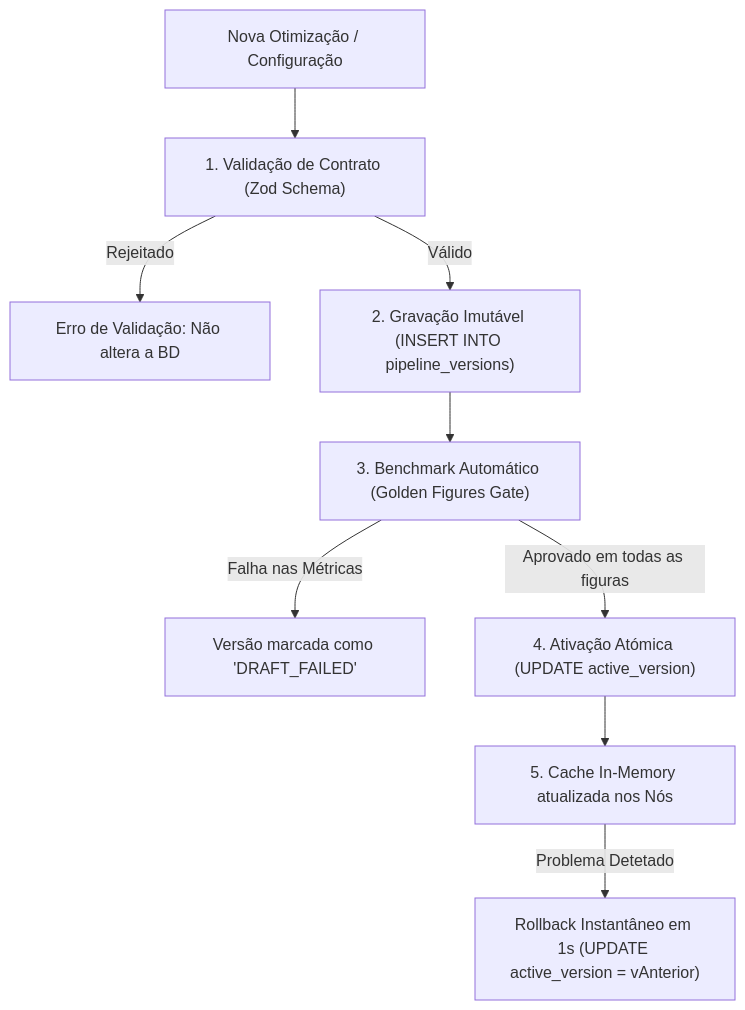
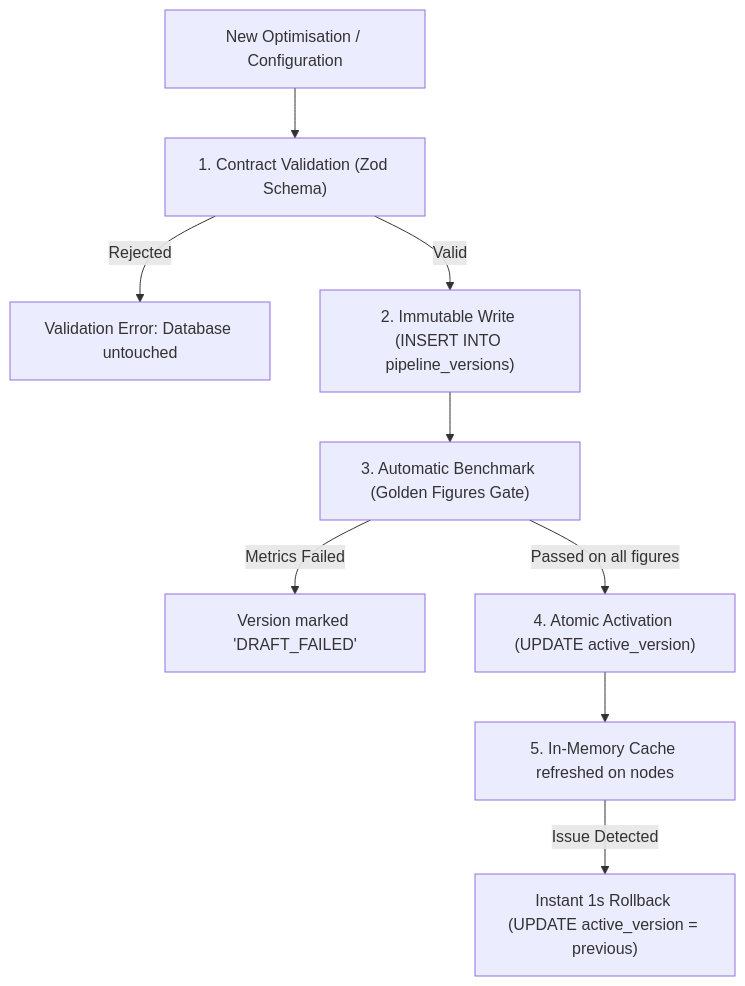
One commit to alexibid/papikapi-api changed the diagram in PIPELINE.md. Above: the diagram before and after it, drawn with Mermaid. The commit also changed other lines of this file and 4 other files, not shown here.

````diff
--- a/PIPELINE.md
+++ b/PIPELINE.md
@@ -153,11 +153,11 @@
 ```mermaid
 flowchart TD
-    A["Nova Otimização / Configuração"] --> B["1. Validação de Contrato (Zod Schema)"]
-    B -- "Rejeitado" --> C["Erro de Validação: Não altera a BD"]
-    B -- "Válido" --> D["2. Gravação Imutável (INSERT INTO pipeline_versions)"]
-    D --> E["3. Benchmark Automático (Golden Figures Gate)"]
-    E -- "Falha nas Métricas" --> F["Versão marcada como 'DRAFT_FAILED'"]
-    E -- "Aprovado em todas as figuras" --> G["4. Ativação Atómica (UPDATE active_version)"]
-    G --> H["5. Cache In-Memory atualizada nos Nós"]
-    H -- "Problema Detetado" --> I["Rollback Instantâneo em 1s (UPDATE active_version = vAnterior)"]
+    A["New Optimisation / Configuration"] --> B["1. Contract Validation (Zod Schema)"]
+    B -- "Rejected" --> C["Validation Error: Database untouched"]
+    B -- "Valid" --> D["2. Immutable Write (INSERT INTO pipeline_versions)"]
+    D --> E["3. Automatic Benchmark (Golden Figures Gate)"]
+    E -- "Metrics Failed" --> F["Version marked 'DRAFT_FAILED'"]
+    E -- "Passed on all figures" --> G["4. Atomic Activation (UPDATE active_version)"]
+    G --> H["5. In-Memory Cache refreshed on nodes"]
+    H -- "Issue Detected" --> I["Instant 1s Rollback (UPDATE active_version = previous)"]
 ```
````
